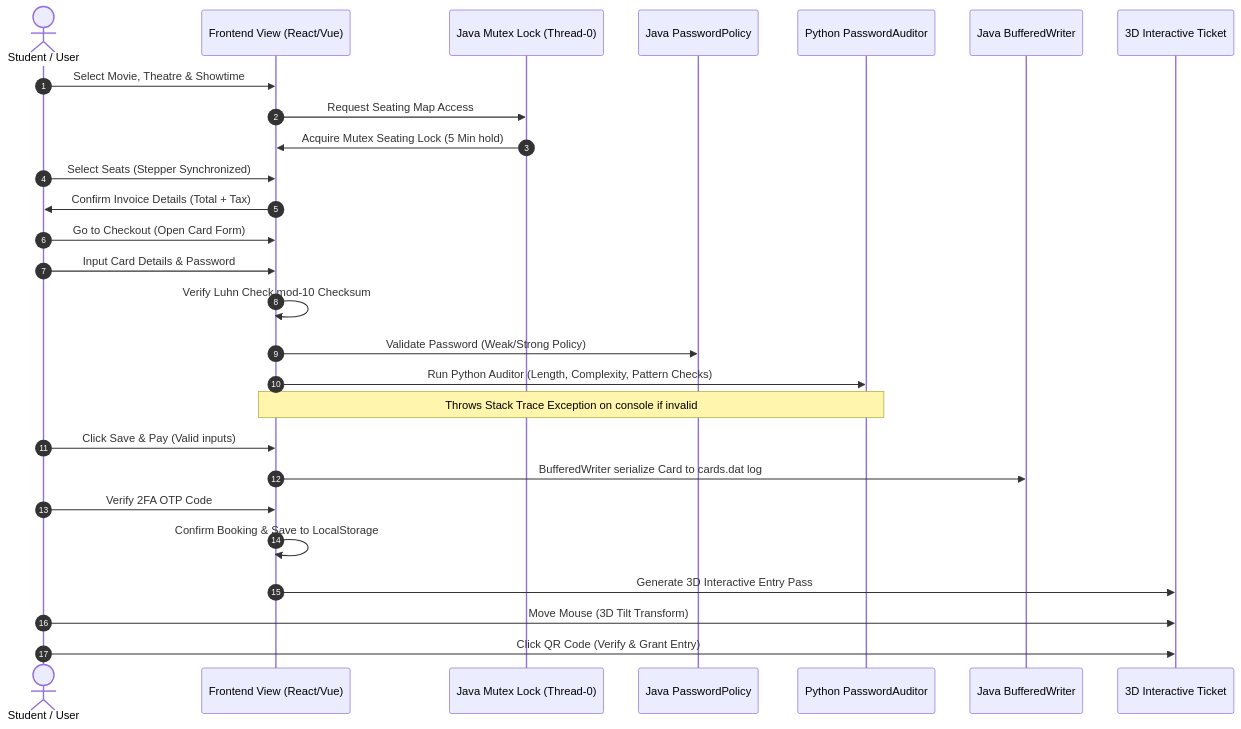
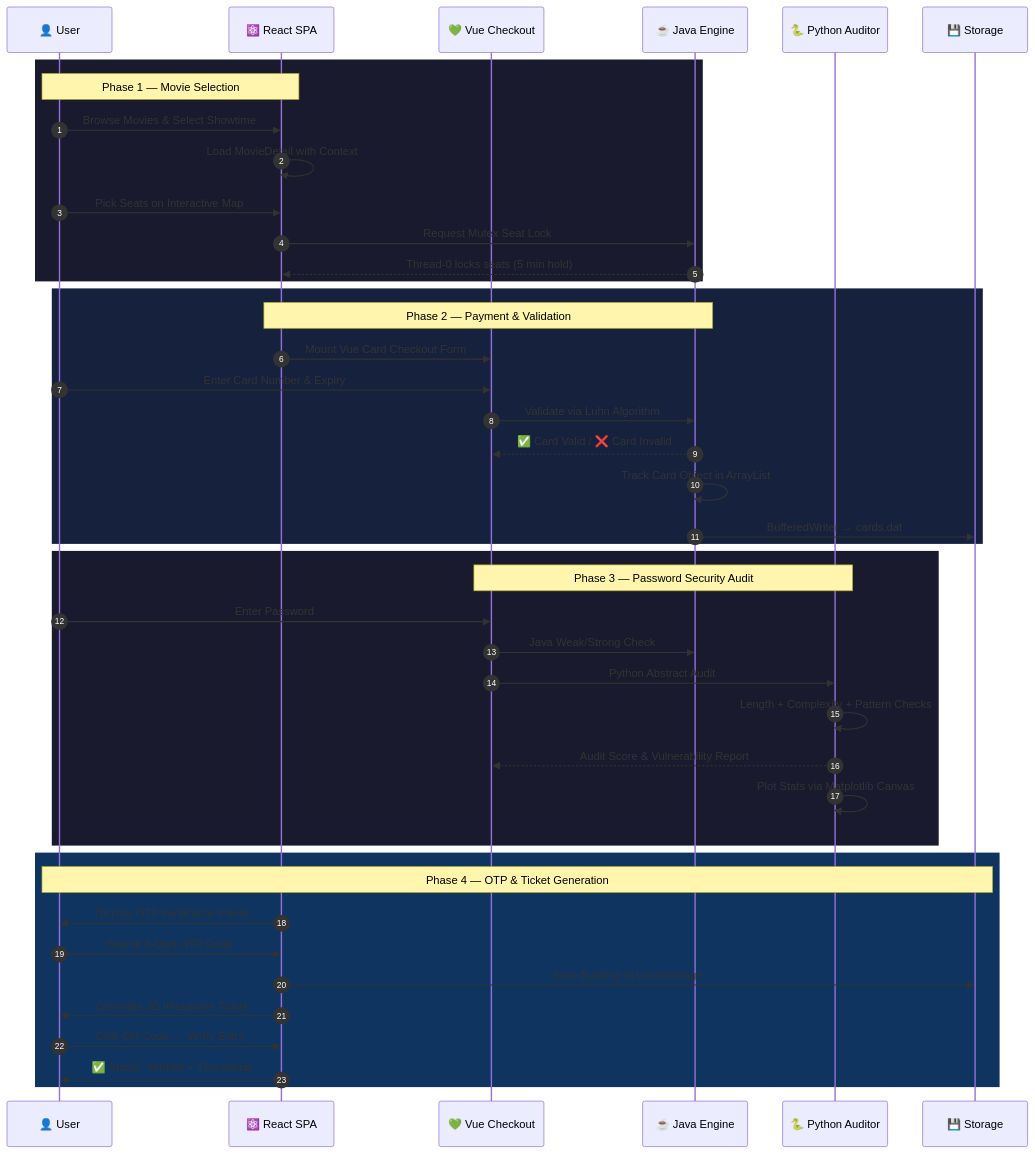
The diagram in captures/booking_sequence_flow.mmd (Chatur7x/CineProo), drawn with Mermaid before and after one commit. The commit also changed 7 other files, not shown here.

Commit message:
Add updated reports, modern diagrams, and presentation generator script

```diff
--- a/captures/booking_sequence_flow.mmd
+++ b/captures/booking_sequence_flow.mmd
@@ -1,28 +1,47 @@
 sequenceDiagram
     autonumber
-    actor User as Student / User
-    participant UI as Frontend View (React/Vue)
-    participant Mutex as Java Mutex Lock (Thread-0)
-    participant Policy as Java PasswordPolicy
-    participant Audit as Python PasswordAuditor
-    participant IO as Java BufferedWriter
-    participant Ticket as 3D Interactive Ticket
+    participant U as 👤 User
+    participant R as ⚛️ React SPA
+    participant V as 💚 Vue Checkout
+    participant J as ☕ Java Engine
+    participant P as 🐍 Python Auditor
+    participant S as 💾 Storage
 
-    User->>UI: Select Movie, Theatre & Showtime
-    UI->>Mutex: Request Seating Map Access
-    Mutex->>UI: Acquire Mutex Seating Lock (5 Min hold)
-    User->>UI: Select Seats (Stepper Synchronized)
-    UI->>User: Confirm Invoice Details (Total + Tax)
-    User->>UI: Go to Checkout (Open Card Form)
-    User->>UI: Input Card Details & Password
-    UI->>UI: Verify Luhn Check mod-10 Checksum
-    UI->>Policy: Validate Password (Weak/Strong Policy)
-    UI->>Audit: Run Python Auditor (Length, Complexity, Pattern Checks)
-    Note over UI,Audit: Throws Stack Trace Exception on console if invalid
-    User->>UI: Click Save & Pay (Valid inputs)
-    UI->>IO: BufferedWriter serialize Card to cards.dat log
-    User->>UI: Verify 2FA OTP Code
-    UI->>UI: Confirm Booking & Save to LocalStorage
-    UI->>Ticket: Generate 3D Interactive Entry Pass
-    User->>Ticket: Move Mouse (3D Tilt Transform)
-    User->>Ticket: Click QR Code (Verify & Grant Entry)
+    rect rgb(26, 26, 46)
+        Note over U,R: Phase 1 — Movie Selection
+        U->>R: Browse Movies & Select Showtime
+        R->>R: Load MovieDetail with Context
+        U->>R: Pick Seats on Interactive Map
+        R->>J: Request Mutex Seat Lock
+        J-->>R: Thread-0 locks seats (5 min hold)
+    end
+
+    rect rgb(22, 33, 62)
+        Note over R,J: Phase 2 — Payment & Validation
+        R->>V: Mount Vue Card Checkout Form
+        U->>V: Enter Card Number & Expiry
+        V->>J: Validate via Luhn Algorithm
+        J-->>V: ✅ Card Valid / ❌ Card Invalid
+        J->>J: Track Card Object in ArrayList
+        J->>S: BufferedWriter → cards.dat
+    end
+
+    rect rgb(26, 26, 46)
+        Note over V,P: Phase 3 — Password Security Audit
+        U->>V: Enter Password
+        V->>J: Java Weak/Strong Check
+        V->>P: Python Abstract Audit
+        P->>P: Length + Complexity + Pattern Checks
+        P-->>V: Audit Score & Vulnerability Report
+        P->>P: Plot Stats via Matplotlib Canvas
+    end
+
+    rect rgb(15, 52, 96)
+        Note over U,S: Phase 4 — OTP & Ticket Generation
+        R->>U: Display OTP Verification Panel
+        U->>R: Submit 6-Digit OTP Code
+        R->>S: Save Booking to LocalStorage
+        R->>U: Generate 3D Interactive Ticket
+        U->>R: Click QR Code → Verify Entry
+        R-->>U: ✅ Status: Verified + Timestamp
+    end
```
